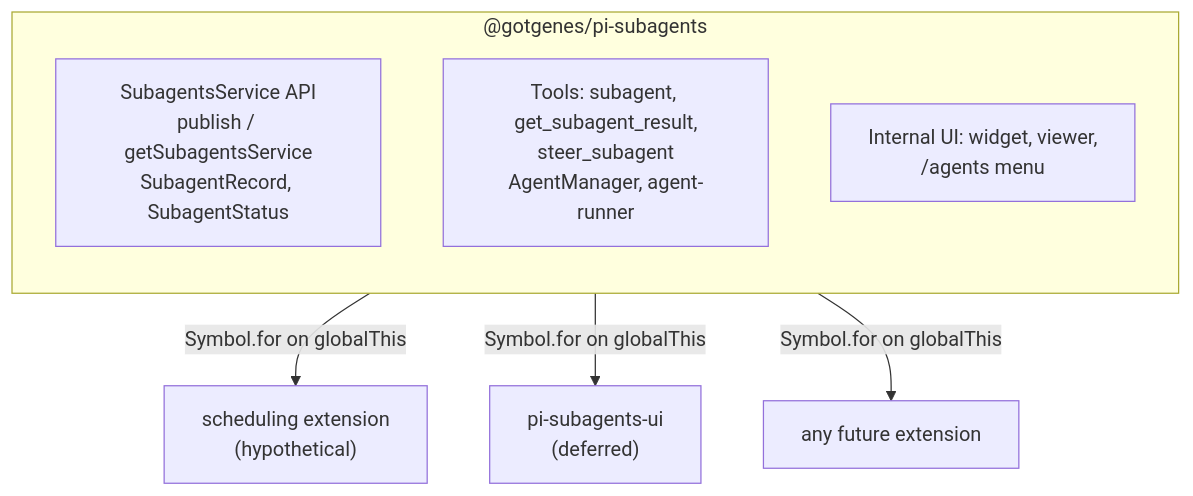
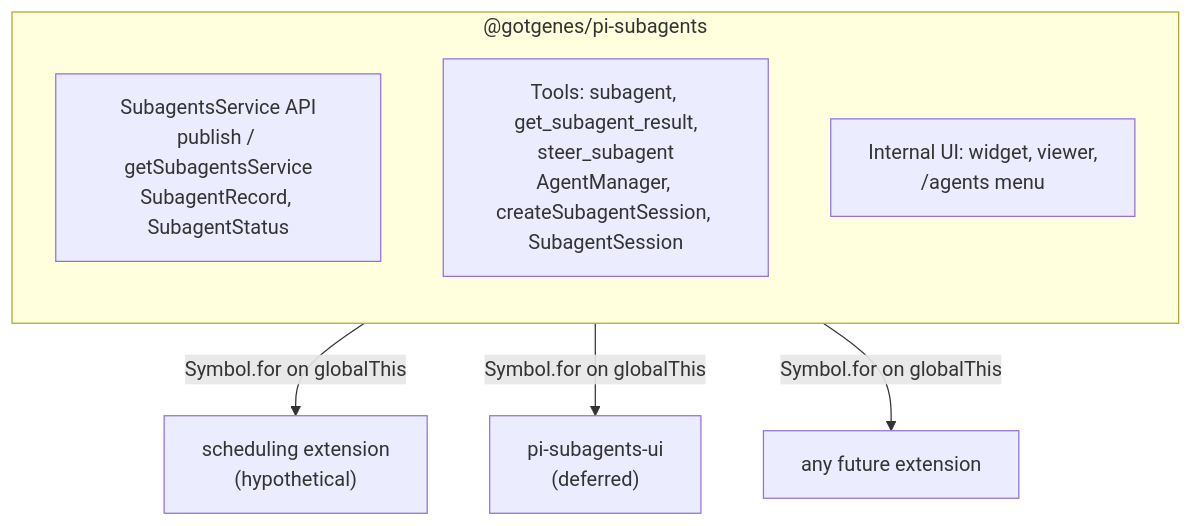
One commit to ttdua/pi-subagents changed the fifth of 6 diagrams in docs/architecture/architecture.md. Above: the diagram before and after it, drawn with Mermaid. The commit also changed other lines of this file and 1 other file, not shown here.

Commit message:
docs: record runner dissolution and SubagentSession (#265)

````diff
--- a/docs/architecture/architecture.md
+++ b/docs/architecture/architecture.md
@@ -325,13 +337,13 @@
 ```mermaid
 flowchart TD
     subgraph core["@gotgenes/pi-subagents"]
         direction TB
         exports["SubagentsService API<br/>publish / getSubagentsService<br/>SubagentRecord, SubagentStatus"]
-        engine["Tools: subagent, get_subagent_result,<br/>steer_subagent<br/>AgentManager, agent-runner"]
+        engine["Tools: subagent, get_subagent_result,<br/>steer_subagent<br/>AgentManager, createSubagentSession, SubagentSession"]
         ui_int["Internal UI: widget, viewer,<br/>/agents menu"]
     end
 
     core -- "Symbol.for on globalThis" --> sched["scheduling extension<br/>(hypothetical)"]
     core -- "Symbol.for on globalThis" --> subui["pi-subagents-ui<br/>(deferred)"]
     core -- "Symbol.for on globalThis" --> future["any future extension"]
 ```
````
